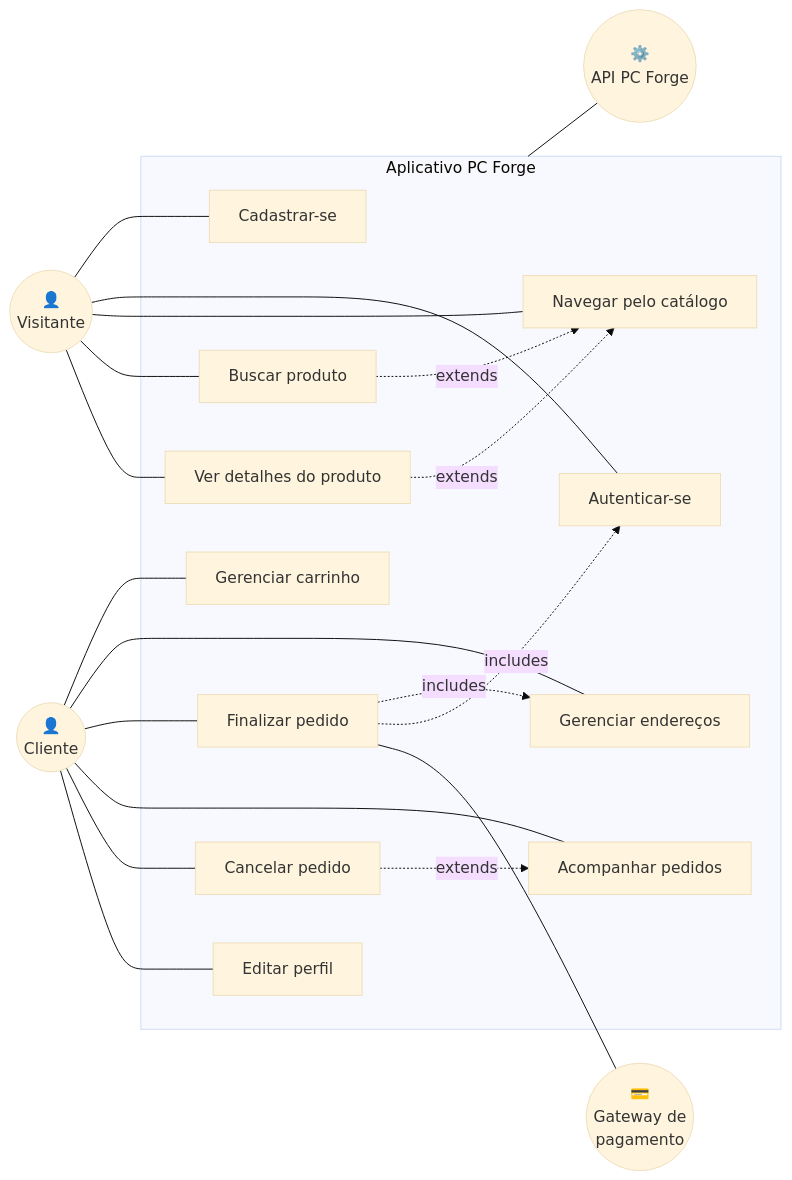
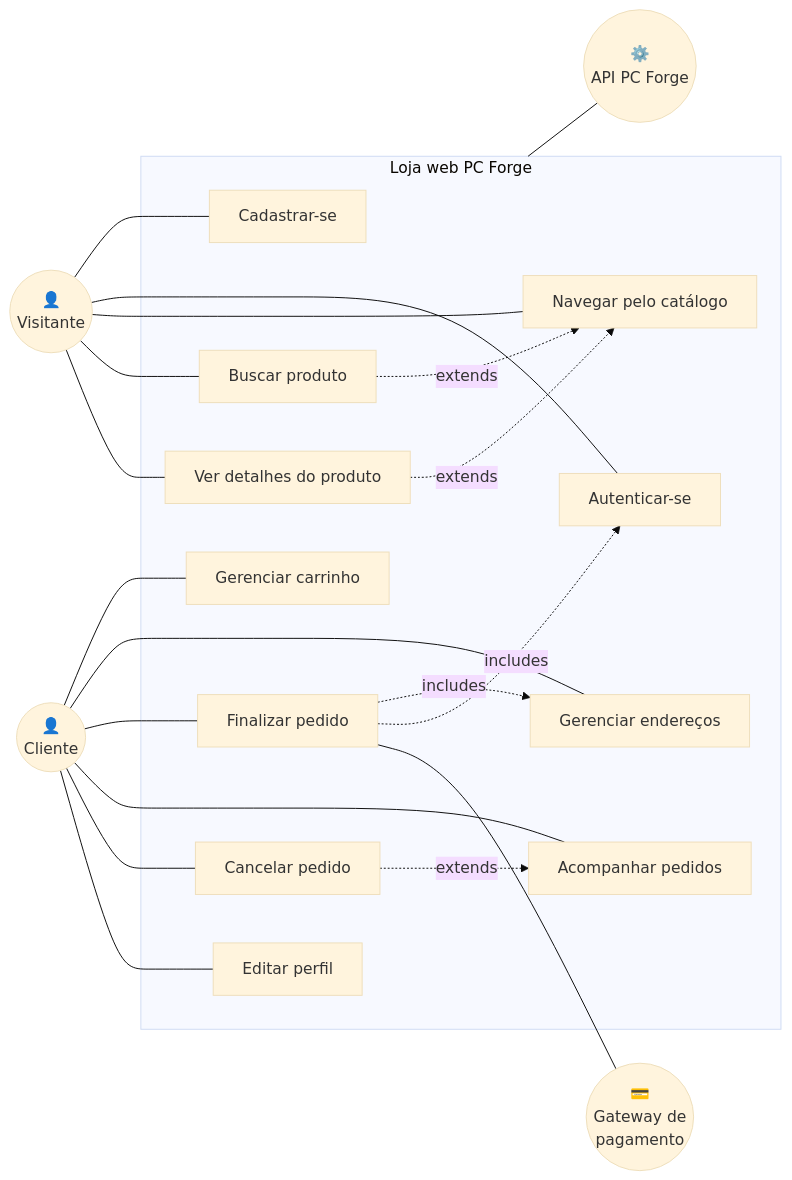
The first of 2 diagrams in docs/casos-de-uso.md (JoaoVitorMcz/pcforge-mobile), drawn with Mermaid (base theme) before and after one commit. The commit also changed other lines of this file and 8 other files, not shown here.

````diff
--- a/docs/casos-de-uso.md
+++ b/docs/casos-de-uso.md
@@ -11,43 +11,43 @@
 ```mermaid
 flowchart LR
     Cliente(("👤<br/>Cliente"))
     Visitante(("👤<br/>Visitante"))
     API(("⚙️<br/>API PC Forge"))
     Pagamento(("💳<br/>Gateway de<br/>pagamento"))
 
-    subgraph sistema["Aplicativo PC Forge"]
+    subgraph sistema["Loja web PC Forge"]
         UC01["Cadastrar-se"]
         UC02["Autenticar-se"]
         UC03["Navegar pelo catálogo"]
         UC04["Buscar produto"]
         UC05["Ver detalhes do produto"]
         UC06["Gerenciar carrinho"]
         UC07["Gerenciar endereços"]
         UC08["Finalizar pedido"]
         UC09["Acompanhar pedidos"]
         UC10["Cancelar pedido"]
         UC11["Editar perfil"]
     end
 
     Visitante --- UC01
     Visitante --- UC02
     Visitante --- UC03
     Visitante --- UC04
     Visitante --- UC05
 
     Cliente --- UC06
     Cliente --- UC07
     Cliente --- UC08
     Cliente --- UC09
     Cliente --- UC10
     Cliente --- UC11
 
     UC04 -.->|extends| UC03
     UC05 -.->|extends| UC03
     UC08 -.->|includes| UC07
     UC08 -.->|includes| UC02
     UC10 -.->|extends| UC09
 
     UC08 --- Pagamento
     sistema --- API
 ```
````
